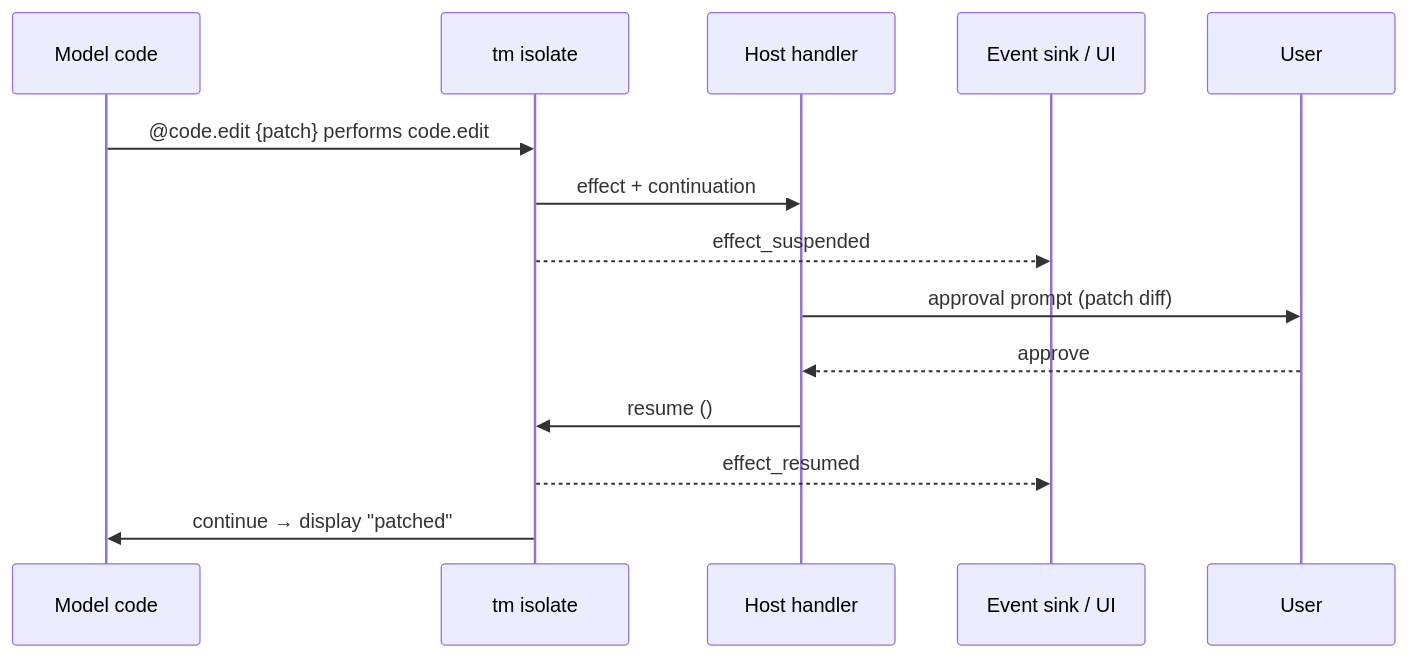
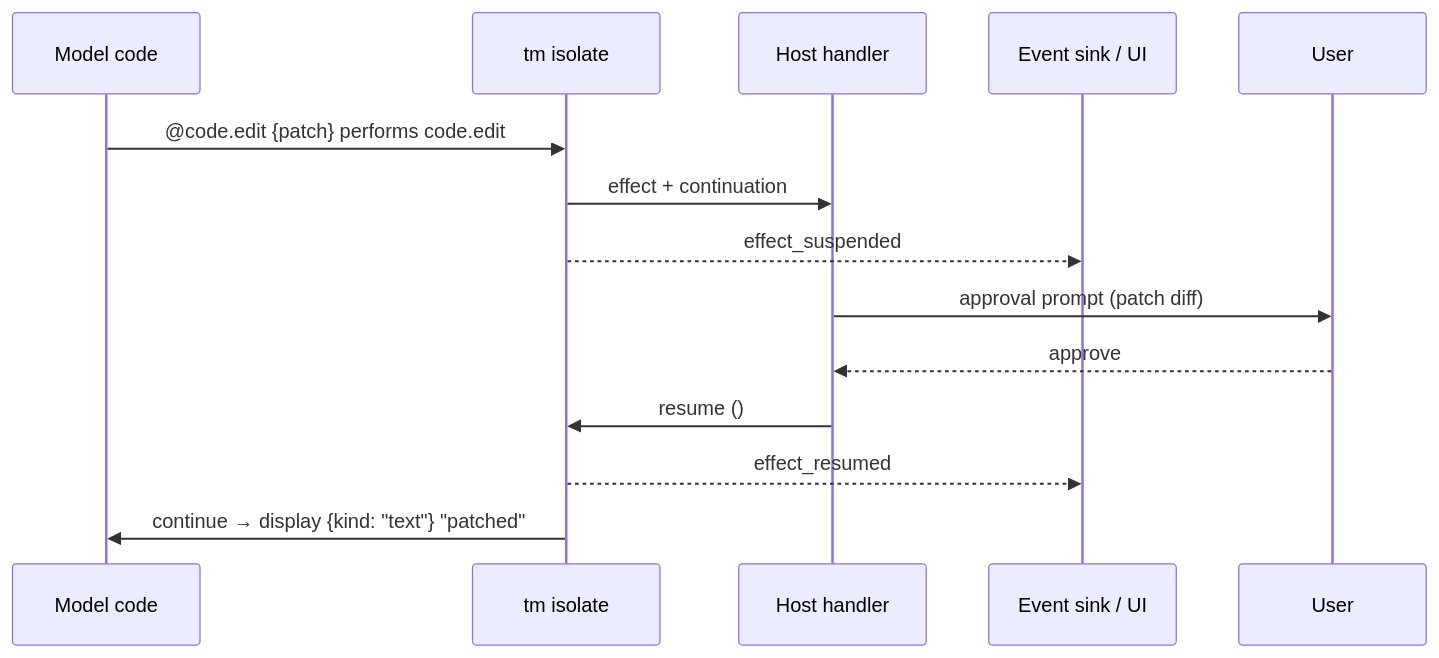
Before and after one commit to mozufu/TempestMiku: the diagram in docs/design/tm/03-effects-approval.md, drawn with Mermaid. The commit also changed other lines of this file and 9 other files, not shown here.

````diff
--- a/docs/design/tm/03-effects-approval.md
+++ b/docs/design/tm/03-effects-approval.md
@@ -117,16 +122,16 @@
 ```mermaid
 sequenceDiagram
   participant M as Model code
   participant I as tm isolate
   participant H as Host handler
   participant E as Event sink / UI
   participant U as User
   M->>I: @code.edit {patch} performs code.edit
   I->>H: effect + continuation
   I-->>E: effect_suspended
   H->>U: approval prompt (patch diff)
   U-->>H: approve
   H->>I: resume ()
   I-->>E: effect_resumed
-  I->>M: continue → display "patched"
+  I->>M: continue → display {kind: "text"} "patched"
 ```
````
